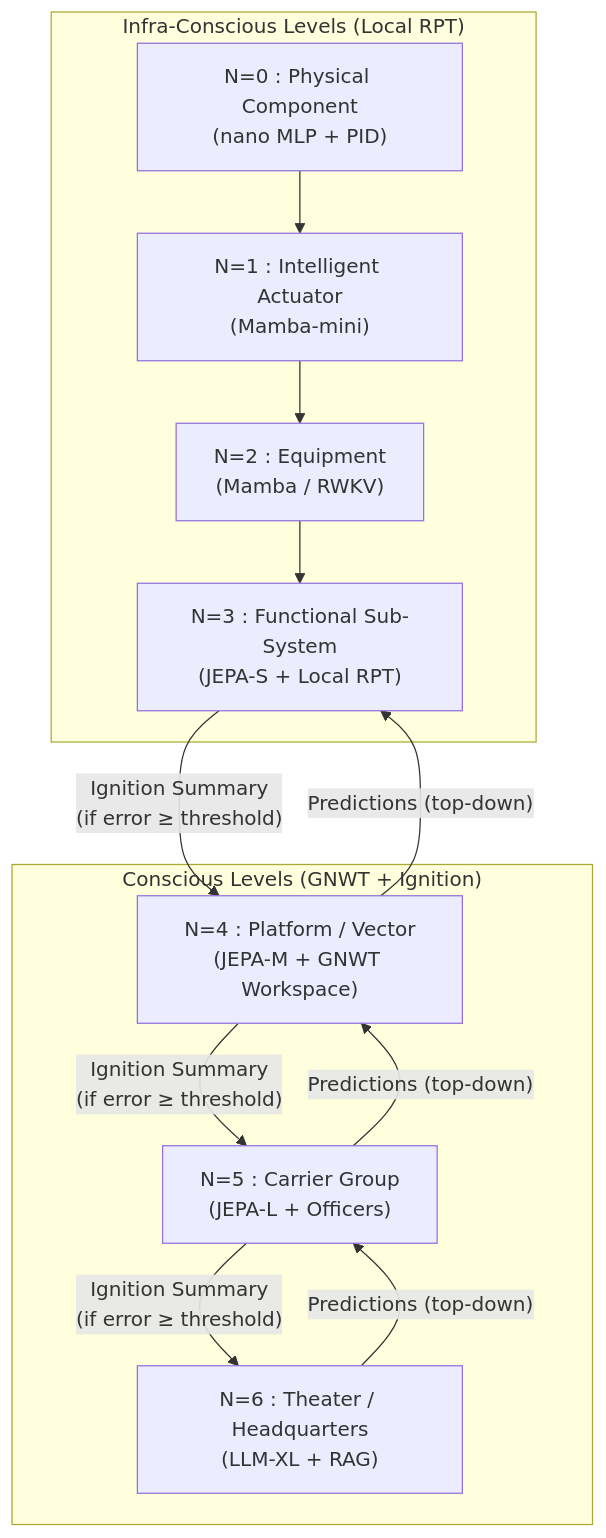
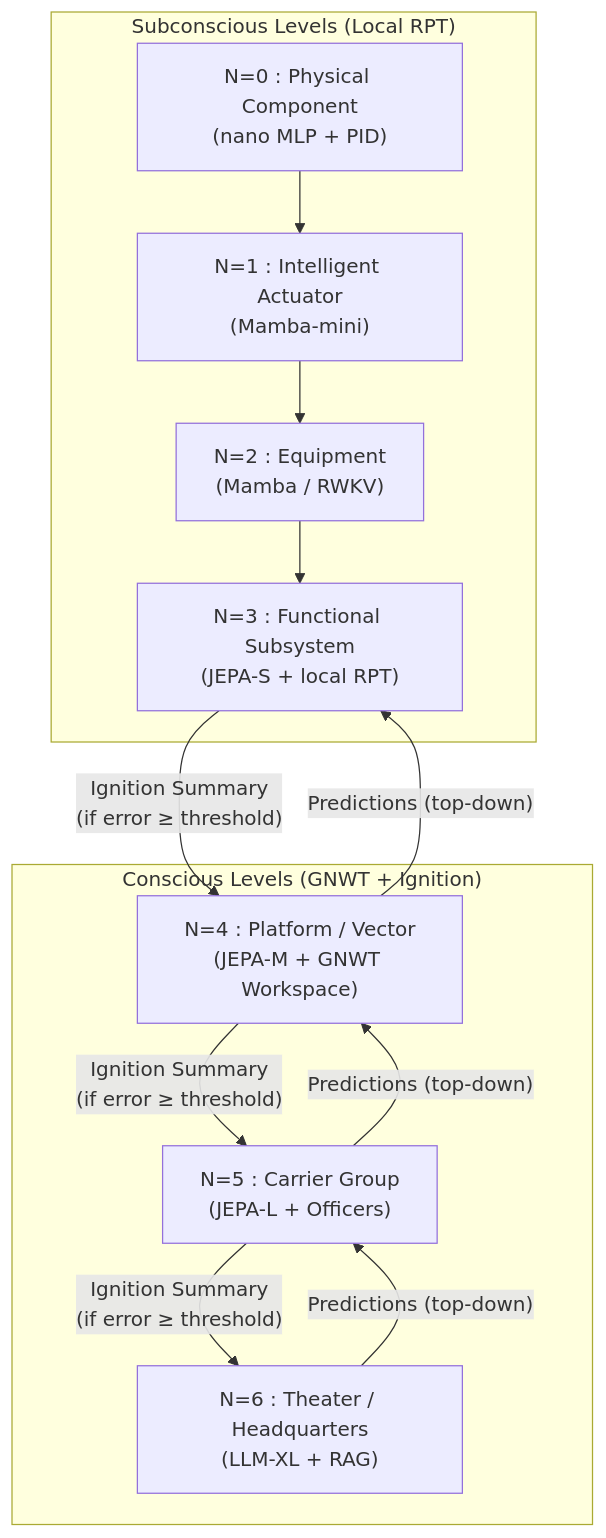
Before and after one commit to AlainCo/GNWT-Garrigue-X-en: the third of 9 diagrams in architecture/architecture.md, drawn with Mermaid. The commit also changed other lines of this file and 24 other files, not shown here.

````diff
--- a/architecture/architecture.md
+++ b/architecture/architecture.md
@@ -31,24 +31,24 @@
 ```mermaid
 flowchart TD
-    subgraph N0to3 ["Infra-Conscious Levels (Local RPT)"]
+    subgraph N0to3 ["Subconscious Levels (Local RPT)"]
         N0["N=0 : Physical Component<br>(nano MLP + PID)"]
         N1["N=1 : Intelligent Actuator<br>(Mamba-mini)"]
         N2["N=2 : Equipment<br>(Mamba / RWKV)"]
-        N3["N=3 : Functional Sub-System<br>(JEPA-S + Local RPT)"]
+        N3["N=3 : Functional Subsystem<br>(JEPA-S + local RPT)"]
     end
 
     subgraph N4to6 ["Conscious Levels (GNWT + Ignition)"]
         N4["N=4 : Platform / Vector<br>(JEPA-M + GNWT Workspace)"]
         N5["N=5 : Carrier Group<br>(JEPA-L + Officers)"]
         N6["N=6 : Theater / Headquarters<br>(LLM-XL + RAG)"]
     end
 
     N0 --> N1 --> N2 --> N3
     N3 -->|"Ignition Summary<br>(if error ≥ threshold)"| N4
     N4 -->|"Ignition Summary<br>(if error ≥ threshold)"| N5
     N5 -->|"Ignition Summary<br>(if error ≥ threshold)"| N6
 
     N6 -->|"Predictions (top-down)"| N5
     N5 -->|"Predictions (top-down)"| N4
     N4 -->|"Predictions (top-down)"| N3
 ```
````
